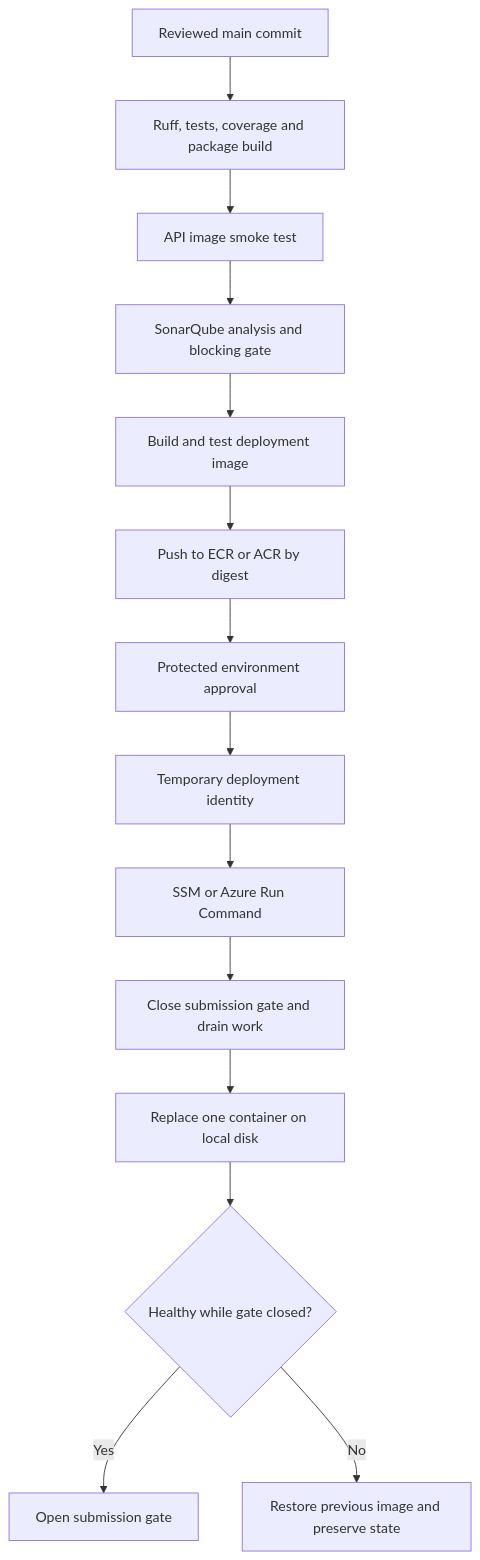
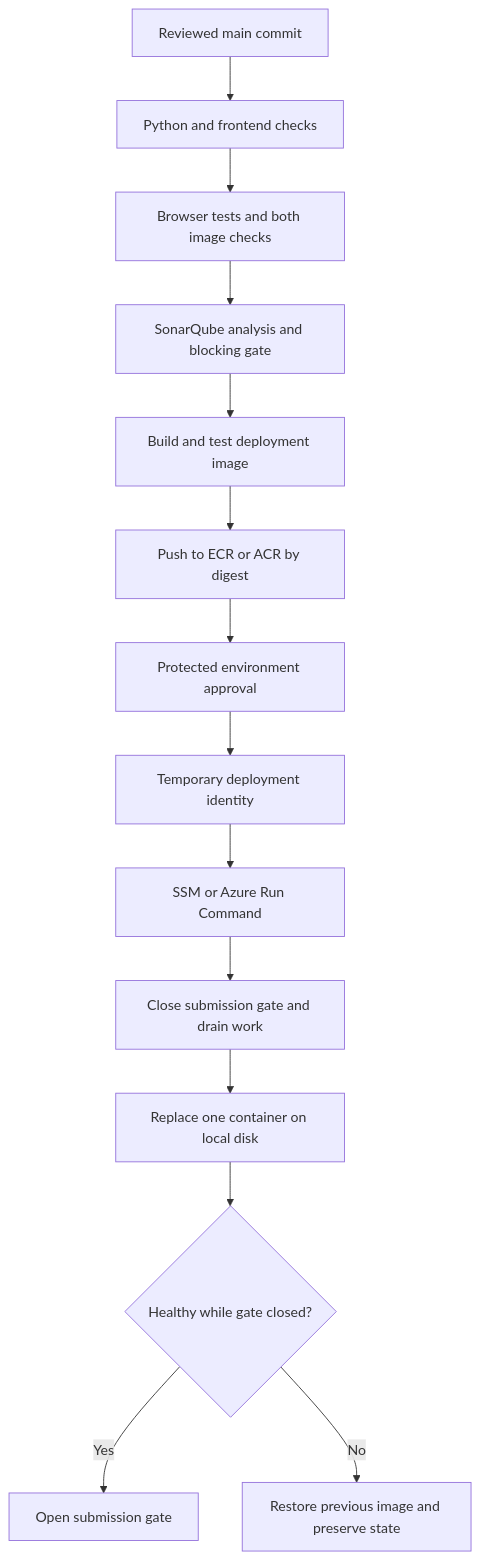
Before and after one commit to mahi80/DataMigration: the diagram in docs/cicd.md, drawn with Mermaid. The commit also changed other lines of this file and 51 other files, not shown here.

````diff
--- a/docs/cicd.md
+++ b/docs/cicd.md
@@ -13,16 +16,16 @@
 ```mermaid
 flowchart TD
-    Source["Reviewed main commit"] --> Verify["Ruff, tests, coverage and package build"]
-    Verify --> Smoke["API image smoke test"]
+    Source["Reviewed main commit"] --> Verify["Python and frontend checks"]
+    Verify --> Smoke["Browser tests and both image checks"]
     Smoke --> Sonar["SonarQube analysis and blocking gate"]
     Sonar --> Build["Build and test deployment image"]
     Build --> Registry["Push to ECR or ACR by digest"]
     Registry --> Approve["Protected environment approval"]
     Approve --> Identity["Temporary deployment identity"]
     Identity --> Host["SSM or Azure Run Command"]
     Host --> Drain["Close submission gate and drain work"]
     Drain --> Replace["Replace one container on local disk"]
     Replace --> Healthy{"Healthy while gate closed?"}
     Healthy -->|Yes| Open["Open submission gate"]
     Healthy -->|No| Previous["Restore previous image and preserve state"]
 ```
````
